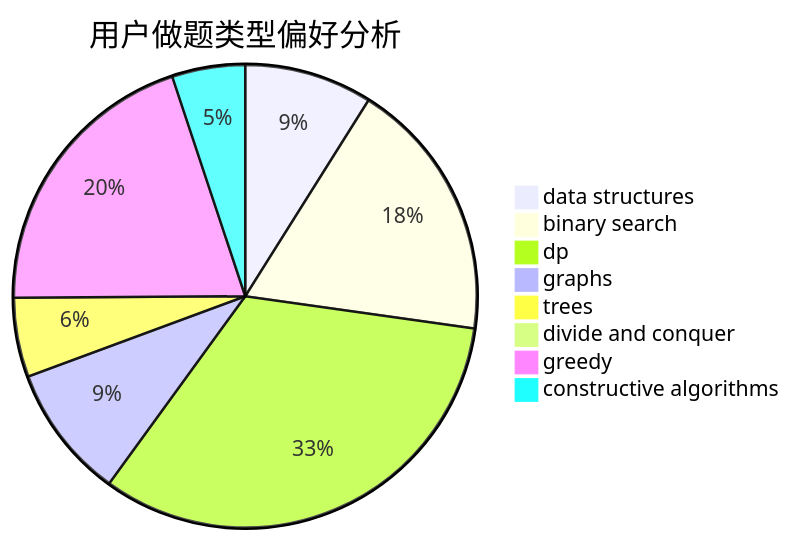
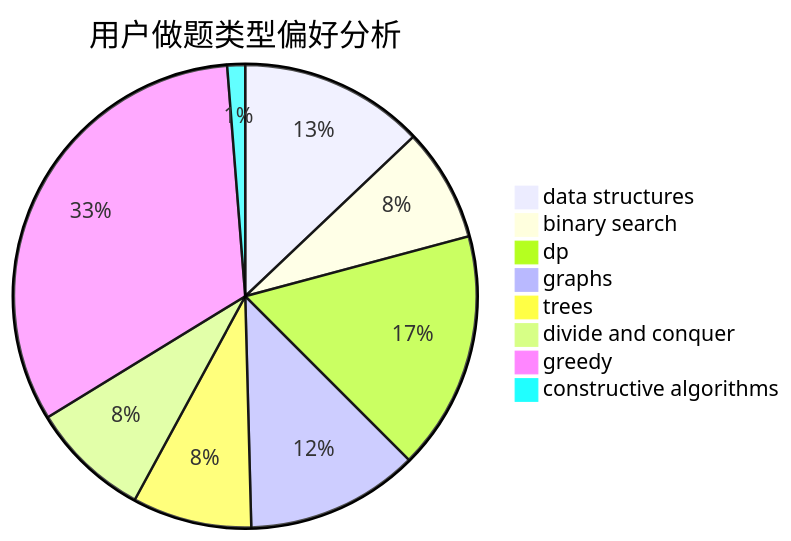
The second of 3 diagrams in docs/user/u128.md (sherpahu/cfrs.github.io), drawn with Mermaid before and after one commit. The commit also changed other lines of this file and 2770 other files, not shown here.

````diff
--- a/docs/user/u128.md
+++ b/docs/user/u128.md
@@ -23,11 +23,11 @@
 ```mermaid
 pie title 用户做题类型偏好分析
-    "data structures" :  21
-    "binary search" :  43
-    "dp" :  77
-    "graphs" :  22
-    "trees" :  13
-    "divide and conquer" :  0
-    "greedy" :  47
-    "constructive algorithms" :  12
+    "data structures" :  31
+    "binary search" :  19
+    "dp" :  40
+    "graphs" :  29
+    "trees" :  20
+    "divide and conquer" :  20
+    "greedy" :  78
+    "constructive algorithms" :  3
 ```
````
